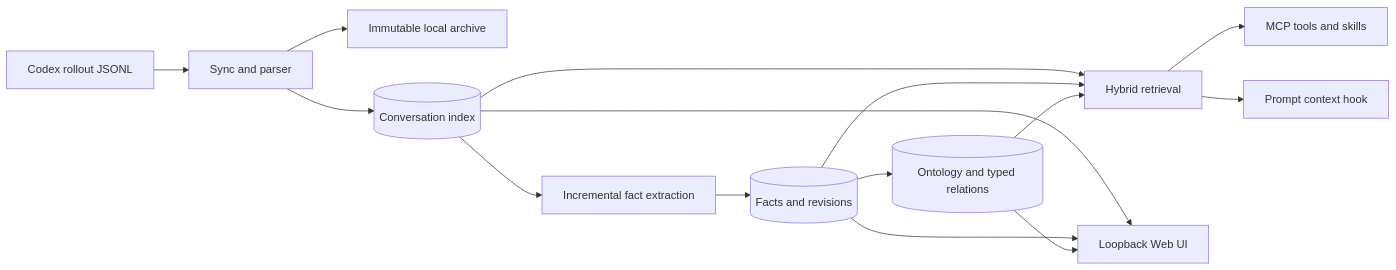
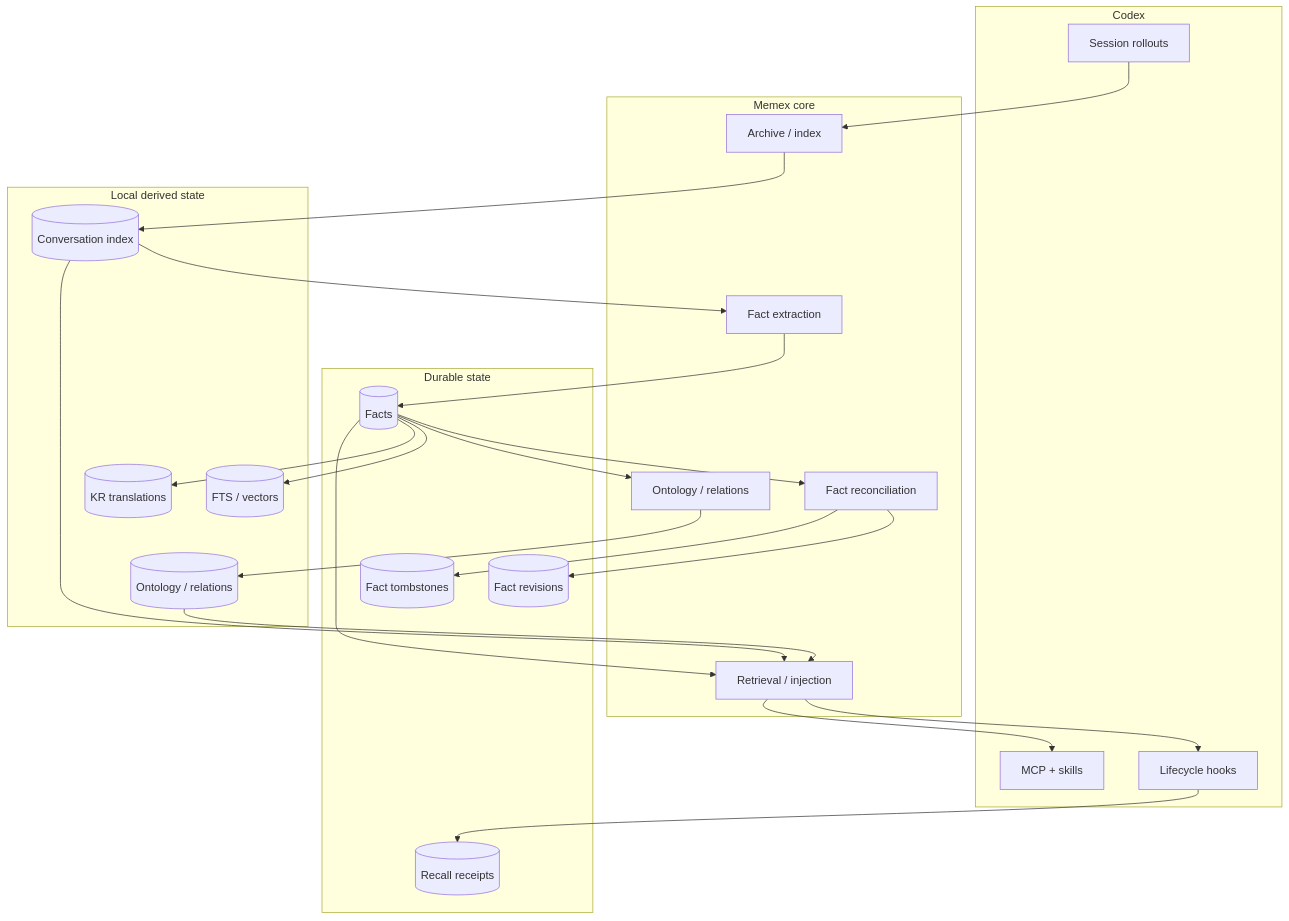
One commit to BongSuCHOI/memex changed the diagram in README.md. Above: the diagram before and after it, drawn with Mermaid. The commit also changed other lines of this file and 21 other files, not shown here.

````diff
--- a/README.md
+++ b/README.md
@@ -52,17 +38,48 @@
 ```mermaid
-flowchart LR
-    R[Codex rollout JSONL] --> S[Sync and parser]
-    S --> A[Immutable local archive]
-    S --> C[(Conversation index)]
-    C --> X[Incremental fact extraction]
-    X --> F[(Facts and revisions)]
-    F --> O[(Ontology and typed relations)]
-    C --> Q[Hybrid retrieval]
-    F --> Q
-    O --> Q
-    Q --> M[MCP tools and skills]
-    Q --> H[Prompt context hook]
-    C --> UI[Loopback Web UI]
-    F --> UI
-    O --> UI
+flowchart TB
+    subgraph Codex[Codex]
+      Rollouts[Session rollouts]
+      Hooks[Lifecycle hooks]
+      MCP[MCP + skills]
+    end
+
+    subgraph Core[Memex core]
+      Archive[Archive / index]
+      Extract[Fact extraction]
+      Reconcile[Fact reconciliation]
+      Retrieve[Retrieval / injection]
+      Graph[Ontology / relations]
+    end
+
+    subgraph Durable[Durable state]
+      Facts[(Facts)]
+      Revisions[(Fact revisions)]
+      Tombstones[(Fact tombstones)]
+      Recall[(Recall receipts)]
+    end
+
+    subgraph Local[Local derived state]
+      Exchanges[(Conversation index)]
+      Vectors[(FTS / vectors)]
+      KR[(KR translations)]
+      Ontology[(Ontology / relations)]
+    end
+
+    Rollouts --> Archive
+    Archive --> Exchanges
+    Exchanges --> Extract
+    Extract --> Facts
+    Facts --> Reconcile
+    Reconcile --> Revisions
+    Reconcile --> Tombstones
+    Facts --> Graph
+    Graph --> Ontology
+    Facts --> Vectors
+    Facts --> KR
+    Exchanges --> Retrieve
+    Facts --> Retrieve
+    Ontology --> Retrieve
+    Retrieve --> Hooks
+    Retrieve --> MCP
+    Hooks --> Recall
 ```
````
